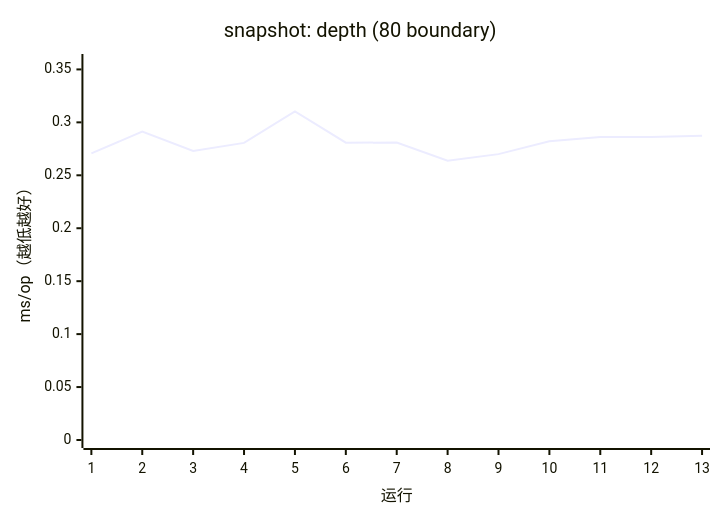
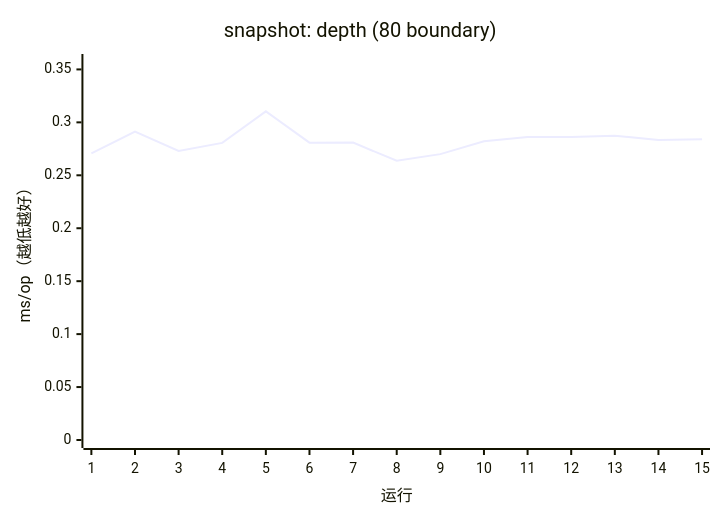
The second of 17 diagrams in apps/docs/src/content/docs/guides/benchmark.mdx (AIluffy/io), drawn with Mermaid before and after one commit. The commit also changed other lines of this file and 7 other files, not shown here.

````diff
--- a/apps/docs/src/content/docs/guides/benchmark.mdx
+++ b/apps/docs/src/content/docs/guides/benchmark.mdx
@@ -193,7 +195,7 @@
 ```mermaid
 xychart-beta
   title "snapshot: depth (80 boundary)"
-  x-axis "运行" [1, 2, 3, 4, 5, 6, 7, 8, 9, 10, 11, 12, 13]
+  x-axis "运行" [1, 2, 3, 4, 5, 6, 7, 8, 9, 10, 11, 12, 13, 14, 15]
   y-axis "ms/op（越低越好）" 0 --> 0.357
-  line [0.2707, 0.2912, 0.273, 0.2806, 0.3104, 0.2808, 0.2809, 0.2637, 0.27, 0.2822, 0.2861, 0.2861, 0.2873]
+  line [0.2707, 0.2912, 0.273, 0.2806, 0.3104, 0.2808, 0.2809, 0.2637, 0.27, 0.2822, 0.2861, 0.2861, 0.2873, 0.2834, 0.2841]
 ```
````
